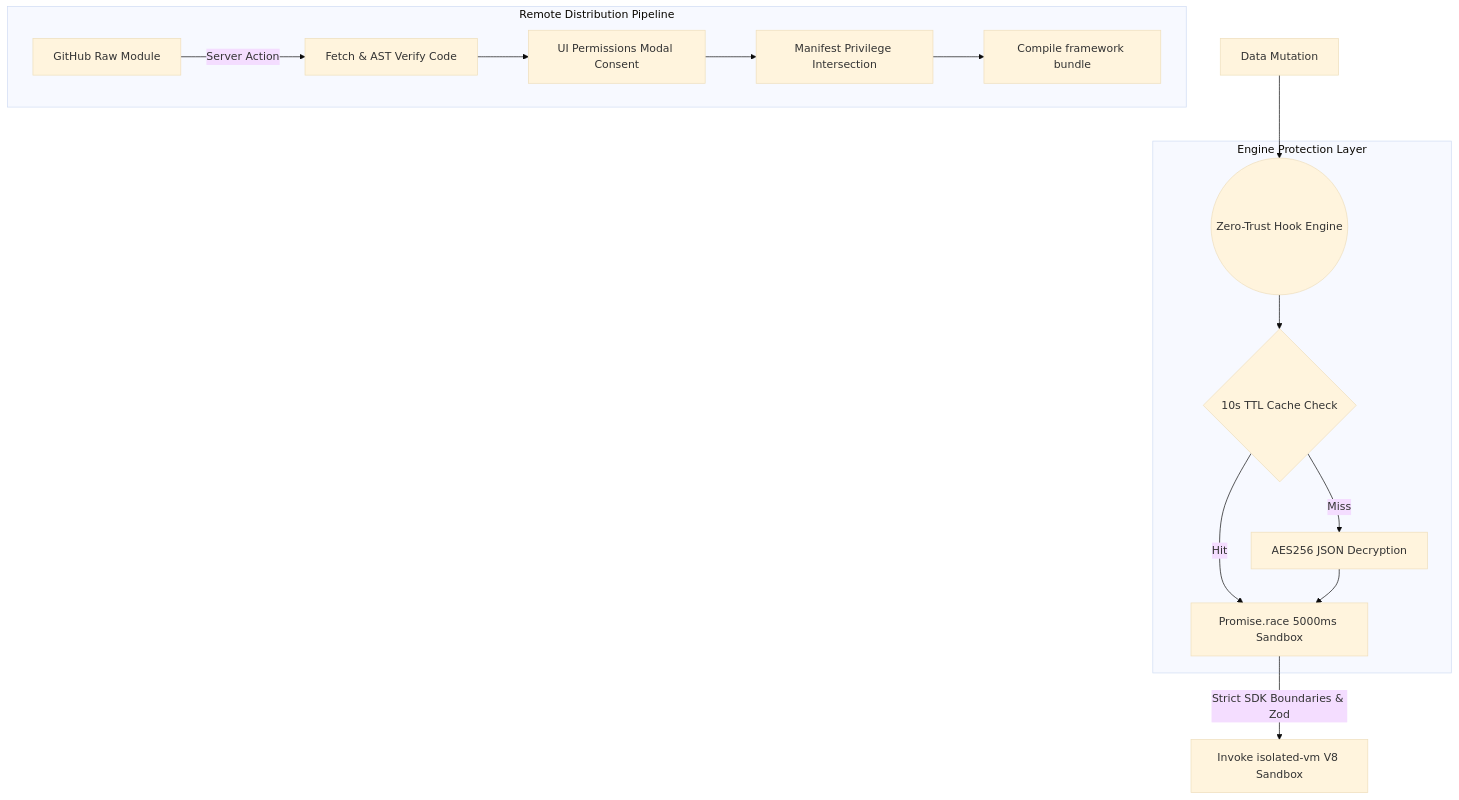
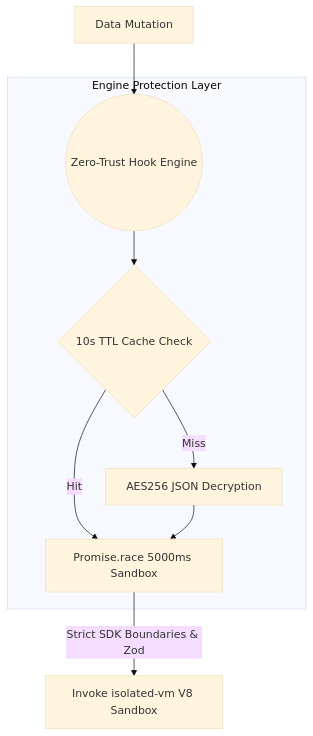
The fourth of 7 diagrams in docs/ARCHITECTURE.md (Cyber-Sec-Space/openticket), drawn with Mermaid (base theme) before and after one commit. The commit also changed other lines of this file and 3 other files, not shown here.

Commit message:
docs: Eradicate Phantom AST Syntax Checker and Remote Registry pipeline hallucinations

````diff
--- a/docs/ARCHITECTURE.md
+++ b/docs/ARCHITECTURE.md
@@ -213,20 +210,13 @@
 ```mermaid
 graph TD
     SystemEvents[Data Mutation] --> HookEngine((Zero-Trust Hook Engine))
     
     subgraph Execution_Sandbox [Engine Protection Layer]
         HookEngine --> CacheCheck{10s TTL Cache Check}
         CacheCheck -- "Miss" --> Decrypt[AES256 JSON Decryption]
         CacheCheck -- "Hit" --> Exec[Promise.race 5000ms Sandbox]
         Decrypt --> Exec
     end
     
     Exec -->|Strict SDK Boundaries & Zod| Plugins[Invoke isolated-vm V8 Sandbox]
-    
-    subgraph Registry [Remote Distribution Pipeline]
-        RemoteRepo[GitHub Raw Module] -->|Server Action| Download[Fetch & AST Verify Code]
-        Download --> UIAuth[UI Permissions Modal Consent]
-        UIAuth --> DBIntercept[Manifest Privilege Intersection]
-        DBIntercept --> Build[Compile framework bundle]
-    end
 ```
````
